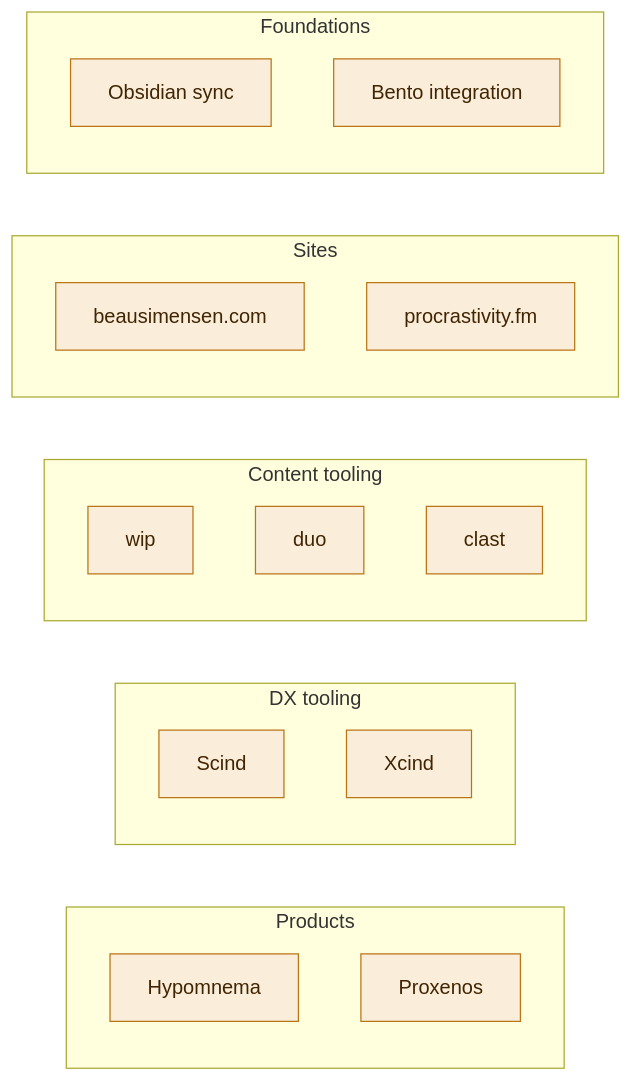
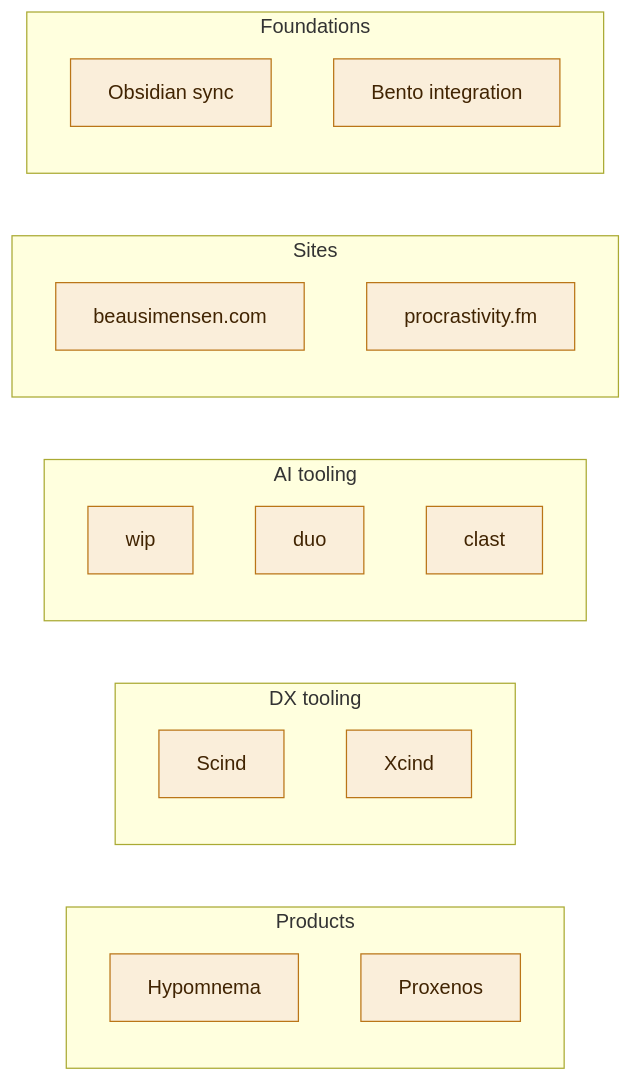
One commit to simensen/beausimensen-com-content changed the diagram in pages/now.md. Above: the diagram before and after it, drawn with Mermaid.

Commit message:
sync 2026-08-15T13:16:13Z

````diff
--- a/pages/now.md
+++ b/pages/now.md
@@ -12,33 +12,33 @@
 ```mermaid
 flowchart LR
     subgraph Products
         hypomnema[Hypomnema]
         proxenos[Proxenos]
     end
 
     subgraph "DX tooling"
         scind[Scind]
         xcind[Xcind]
     end
 
-    subgraph "Content tooling"
+    subgraph "AI tooling"
         wip[wip]
         duo[duo]
         clast[clast]
     end
 
     subgraph Sites
         beausimensen[beausimensen.com]
         procrastivity[procrastivity.fm]
     end
 
     subgraph Foundations
         sync[Obsidian sync]
         bento[Bento integration]
     end
 
     classDef shipped fill:#EAF3DE,stroke:#639922,color:#173404
     classDef active fill:#FAEEDA,stroke:#BA7517,color:#412402
     class gethmn shipped
     class beausimensen,procrastivity,hypomnema,sync,bento,xcind,scind,wip,duo,proxenos,clast active
 ```
````
